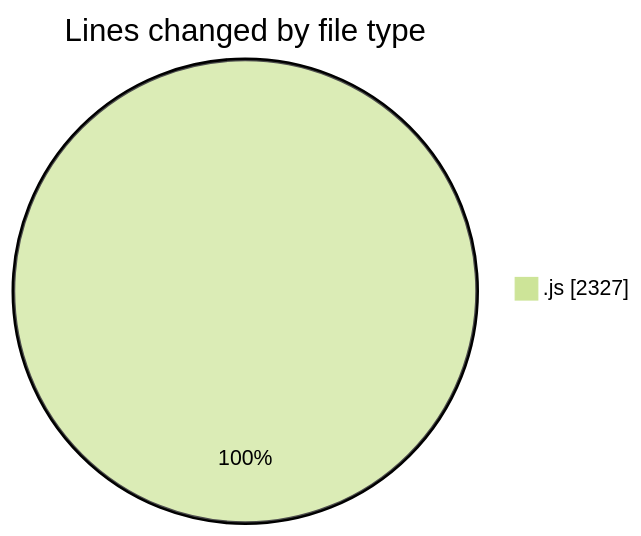
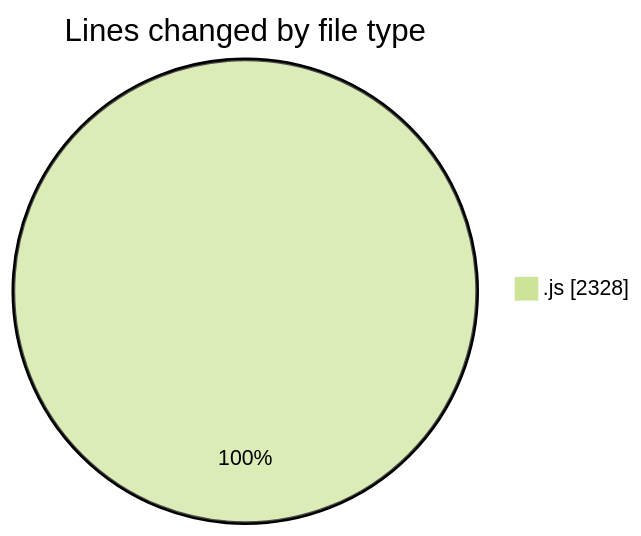
One commit to nxtqubesakshisongat/code-tracking changed the first of 2 diagrams in 2026-01-04/nxtqube_webapp/README.md. Above: the diagram before and after it, drawn with Mermaid (forest theme). The commit also changed other lines of this file and 1 other file, not shown here.

````diff
--- a/2026-01-04/nxtqube_webapp/README.md
+++ b/2026-01-04/nxtqube_webapp/README.md
@@ -20,5 +20,5 @@
 ```mermaid
 pie showData
 title Lines changed by file type
-".js" : 2327
+".js" : 2328
 ```
````
